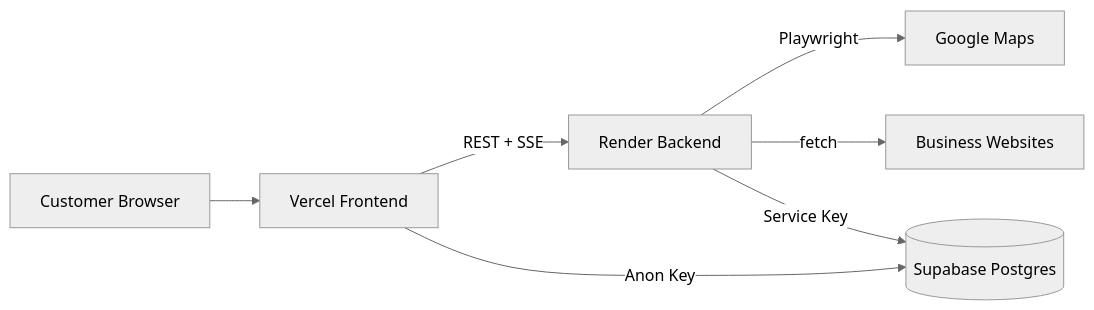
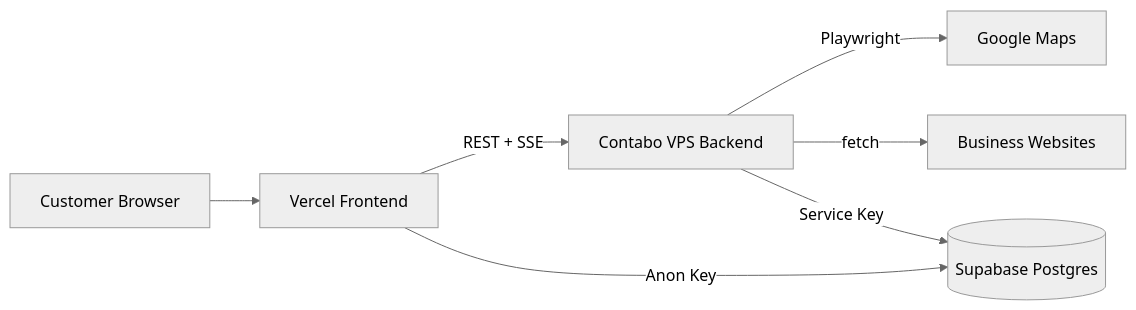
The diagram in README.md (Bamson-dev/LeadPilot), drawn with Mermaid (neutral theme) before and after one commit. The commit also changed other lines of this file and 21 other files, not shown here.

First line of the commit message:
Add Contabo VPS deployment pipeline with GitHub Actions and Docker.

````diff
--- a/README.md
+++ b/README.md
@@ -9,9 +9,9 @@
 ```mermaid
 flowchart LR
   User[Customer Browser] --> Vercel[Vercel Frontend]
-  Vercel -->|REST + SSE| Render[Render Backend]
-  Render -->|Playwright| Maps[Google Maps]
-  Render -->|fetch| Websites[Business Websites]
-  Render -->|Service Key| Supabase[(Supabase Postgres)]
+  Vercel -->|REST + SSE| VPS[Contabo VPS Backend]
+  VPS -->|Playwright| Maps[Google Maps]
+  VPS -->|fetch| Websites[Business Websites]
+  VPS -->|Service Key| Supabase[(Supabase Postgres)]
   Vercel -->|Anon Key| Supabase
 ```
````
